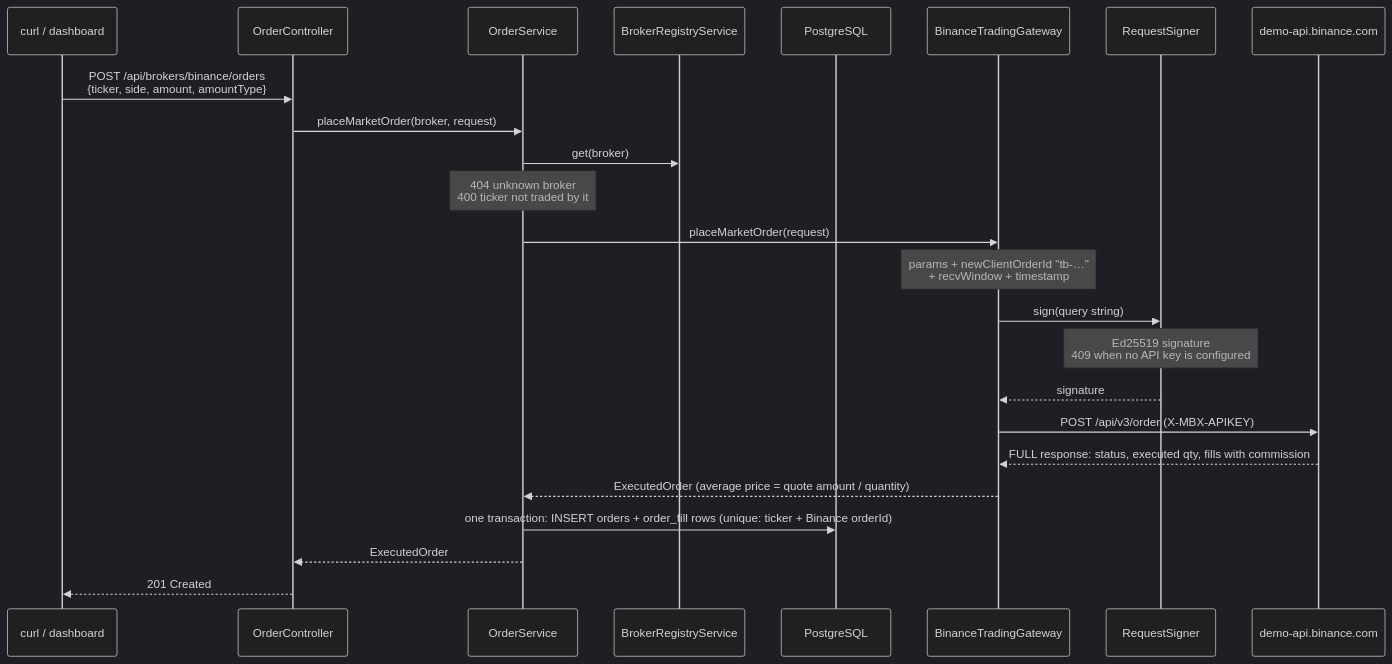
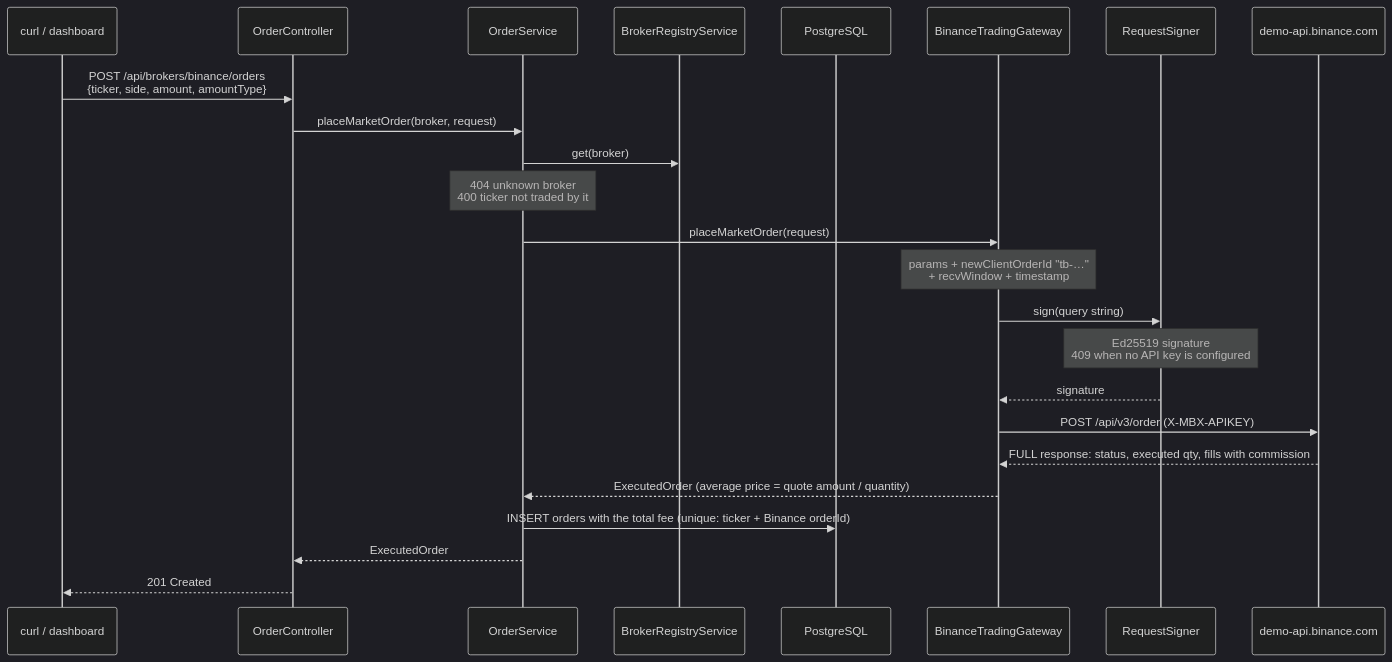
Before and after one commit to ShadowOfDiablo/t212-coding-task: diagram 11 of 29 in docs/ARCHITECTURE.md, drawn with Mermaid (dark theme). The commit also changed other lines of this file and 10 other files, not shown here.

First line of the commit message:
Keep the order fee on orders instead of an order_fill table

````diff
--- a/docs/ARCHITECTURE.md
+++ b/docs/ARCHITECTURE.md
@@ -423,27 +423,27 @@
 ```mermaid
 sequenceDiagram
     participant C as curl / dashboard
     participant API as OrderController
     participant S as OrderService
     participant R as BrokerRegistryService
     participant D as PostgreSQL
     participant G as BinanceTradingGateway
     participant K as RequestSigner
     participant B as demo-api.binance.com
 
     C->>API: POST /api/brokers/binance/orders<br/>{ticker, side, amount, amountType}
     API->>S: placeMarketOrder(broker, request)
     S->>R: get(broker)
     Note over S: 404 unknown broker<br/>400 ticker not traded by it
     S->>G: placeMarketOrder(request)
     Note over G: params + newClientOrderId "tb-…"<br/>+ recvWindow + timestamp
     G->>K: sign(query string)
     Note over K: Ed25519 signature<br/>409 when no API key is configured
     K-->>G: signature
     G->>B: POST /api/v3/order (X-MBX-APIKEY)
     B-->>G: FULL response: status, executed qty, fills with commission
     G-->>S: ExecutedOrder (average price = quote amount / quantity)
-    S->>D: one transaction: INSERT orders + order_fill rows (unique: ticker + Binance orderId)
+    S->>D: INSERT orders with the total fee (unique: ticker + Binance orderId)
     S-->>API: ExecutedOrder
     API-->>C: 201 Created
 ```
````
